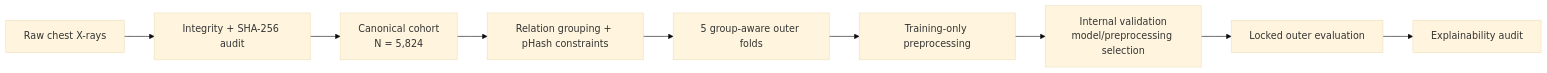
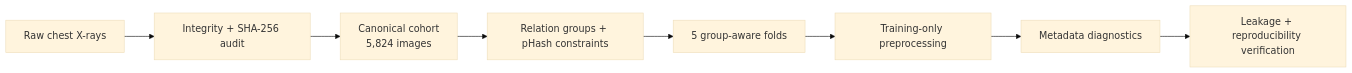
The diagram in README.md (Elie-Bitonda/AI-Pneumonia-Project), drawn with Mermaid (base theme) before and after one commit. The commit also changed other lines of this file, not shown here.

````diff
--- a/README.md
+++ b/README.md
@@ -25,11 +23,10 @@
 ```mermaid
 flowchart LR
     A[Raw chest X-rays] --> B[Integrity + SHA-256 audit]
-    B --> C[Canonical cohort<br/>N = 5,824]
-    C --> D[Relation grouping + pHash constraints]
-    D --> E[5 group-aware outer folds]
+    B --> C[Canonical cohort<br/>5,824 images]
+    C --> D[Relation groups + pHash constraints]
+    D --> E[5 group-aware folds]
     E --> F[Training-only preprocessing]
-    F --> G[Internal validation<br/>model/preprocessing selection]
-    G --> H[Locked outer evaluation]
-    H --> I[Explainability audit]
+    F --> G[Metadata diagnostics]
+    G --> H[Leakage + reproducibility verification]
 ```
````
